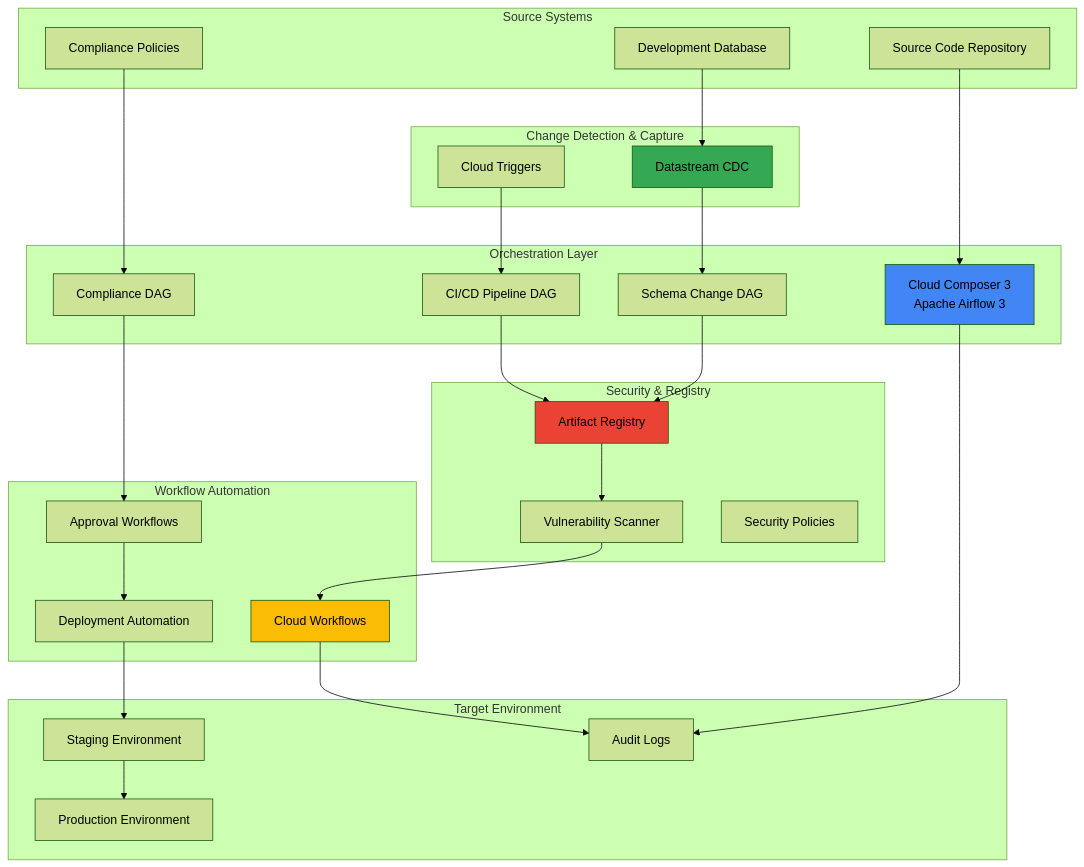
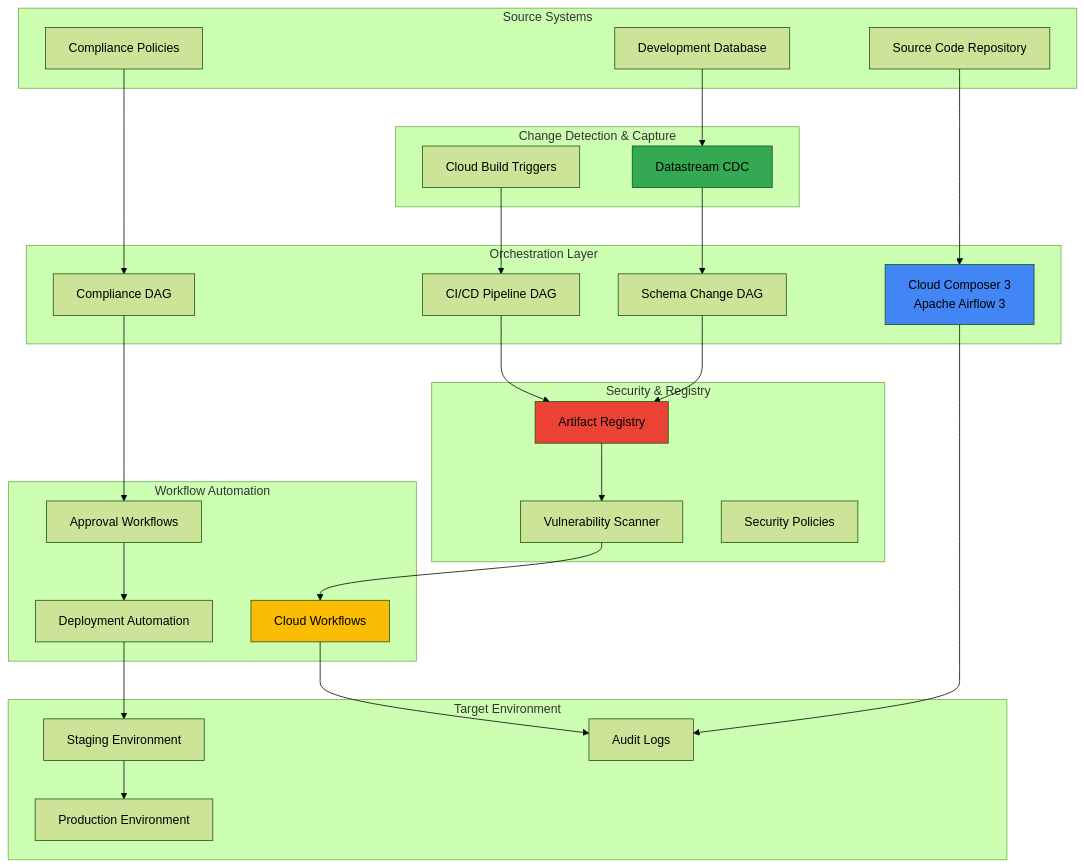
The diagram in gcp/development-lifecycle-automation-composer-datastream/development-lifecycle-automation-composer-datastream.md (mzazon/awesome-cloud-projects), drawn with Mermaid (forest theme) before and after one commit. The commit also changed other lines of this file and 5581 other files, not shown here.

````diff
--- a/gcp/development-lifecycle-automation-composer-datastream/development-lifecycle-automation-composer-datastream.md
+++ b/gcp/development-lifecycle-automation-composer-datastream/development-lifecycle-automation-composer-datastream.md
@@ -30,62 +30,62 @@
 ```mermaid
 graph TB
     subgraph "Source Systems"
         DEV[Development Database]
         REPO[Source Code Repository]
         POLICIES[Compliance Policies]
     end
     
     subgraph "Change Detection & Capture"
         DS[Datastream CDC]
-        TRIGGER[Cloud Triggers]
+        TRIGGER[Cloud Build Triggers]
     end
     
     subgraph "Orchestration Layer"
         CC3[Cloud Composer 3<br/>Apache Airflow 3]
         DAG1[Schema Change DAG]
         DAG2[CI/CD Pipeline DAG]
         DAG3[Compliance DAG]
     end
     
     subgraph "Security & Registry"
         AR[Artifact Registry]
         SCAN[Vulnerability Scanner]
         POLICY[Security Policies]
     end
     
     subgraph "Workflow Automation"
         CW[Cloud Workflows]
         APPROVAL[Approval Workflows]
         DEPLOY[Deployment Automation]
     end
     
     subgraph "Target Environment"
         STAGING[Staging Environment]
         PROD[Production Environment]
         AUDIT[Audit Logs]
     end
     
     DEV-->DS
     REPO-->CC3
     DS-->DAG1
     TRIGGER-->DAG2
     POLICIES-->DAG3
     
     DAG1-->AR
     DAG2-->AR
     AR-->SCAN
     SCAN-->CW
     
     DAG3-->APPROVAL
     APPROVAL-->DEPLOY
     DEPLOY-->STAGING
     STAGING-->PROD
     
     CC3-->AUDIT
     CW-->AUDIT
     
     style CC3 fill:#4285F4
     style DS fill:#34A853
     style AR fill:#EA4335
     style CW fill:#FBBC04
 ```
````
